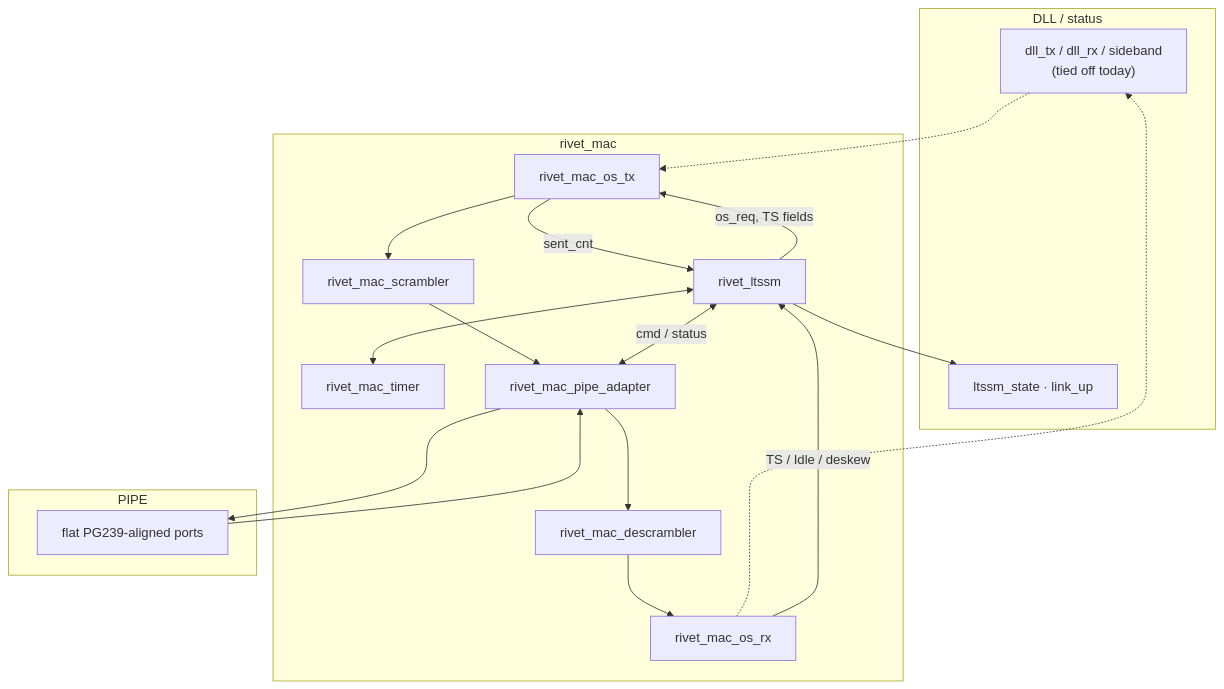
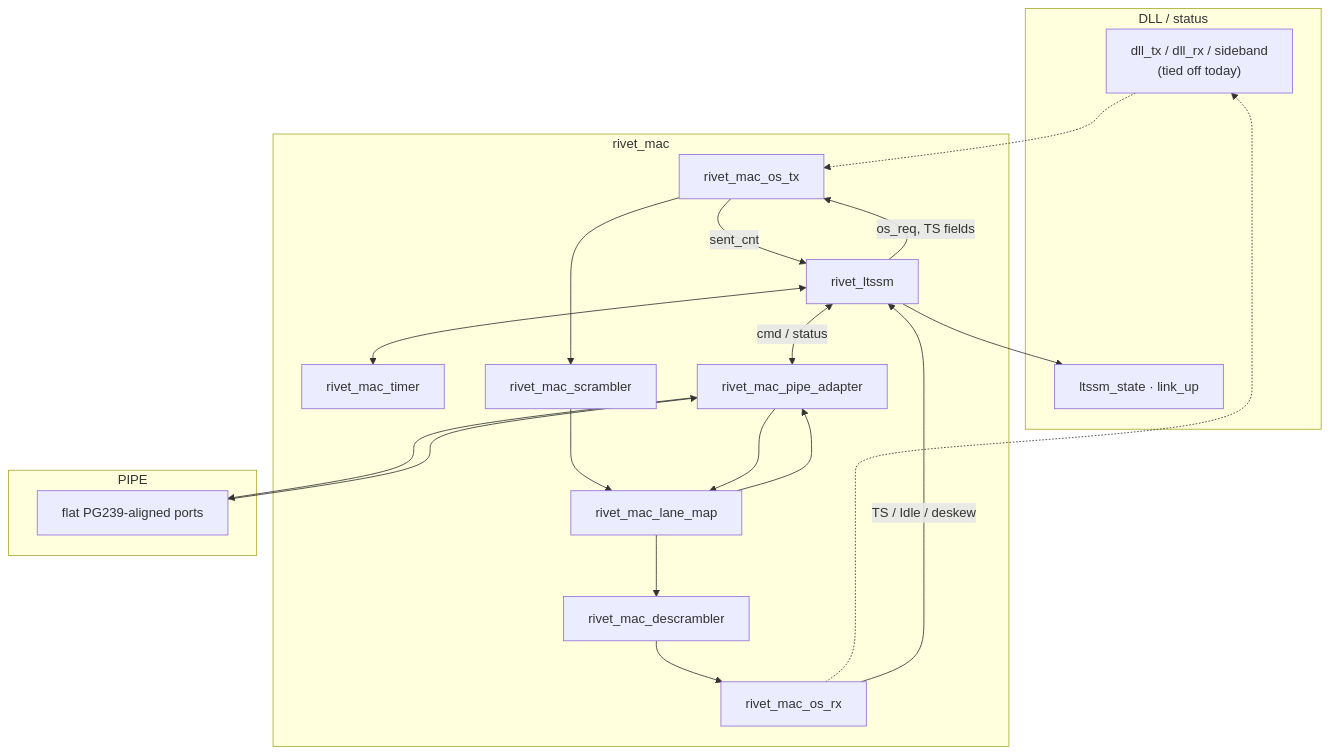
Before and after one commit to muhammedoney/pcierivet: the diagram in rtl/pcie_ctrl/mac/README.md, drawn with Mermaid. The commit also changed other lines of this file and 19 other files, not shown here.

First line of the commit message:
feat(mac): NLW from trained width, x1/x2 narrow, full lane reversal

````diff
--- a/rtl/pcie_ctrl/mac/README.md
+++ b/rtl/pcie_ctrl/mac/README.md
@@ -7,32 +7,33 @@
 ```mermaid
 flowchart TB
   subgraph north["DLL / status"]
     DLL["dll_tx / dll_rx / sideband<br/>(tied off today)"]
     STAT["ltssm_state · link_up"]
   end
 
   subgraph mac["rivet_mac"]
     LTSSM["rivet_ltssm"]
     TIMER["rivet_mac_timer"]
     OS_TX["rivet_mac_os_tx"]
     SCR["rivet_mac_scrambler"]
+    MAP["rivet_mac_lane_map"]
     DESC["rivet_mac_descrambler"]
     OS_RX["rivet_mac_os_rx"]
     ADAPT["rivet_mac_pipe_adapter"]
   end
 
   subgraph south["PIPE"]
     PIPE["flat PG239-aligned ports"]
   end
 
   DLL -.-> OS_TX
   OS_RX -.-> DLL
   LTSSM --> STAT
   LTSSM <--> TIMER
   LTSSM -->|os_req, TS fields| OS_TX
   OS_TX -->|sent_cnt| LTSSM
   OS_RX -->|TS / Idle / deskew| LTSSM
-  OS_TX --> SCR --> ADAPT --> PIPE
-  PIPE --> ADAPT --> DESC --> OS_RX
+  OS_TX --> SCR --> MAP --> ADAPT --> PIPE
+  PIPE --> ADAPT --> MAP --> DESC --> OS_RX
   LTSSM <-->|cmd / status| ADAPT
 ```
````
